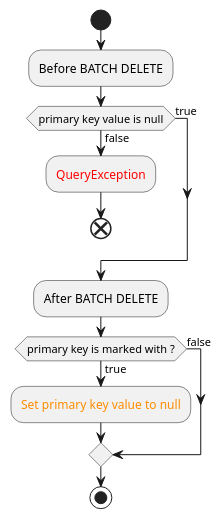
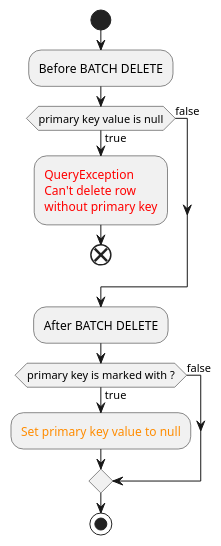
Before and after one commit to urosjarc/db-messiah: the diagram in specs/queries/BATCH_DELETE.puml, drawn with PlantUML. The commit also changed 13 other files, not shown here.

```diff
--- a/specs/queries/BATCH_DELETE.puml
+++ b/specs/queries/BATCH_DELETE.puml
@@ -1,20 +1,22 @@
 @startuml
 start
 
 :Before BATCH DELETE;
 
-if (primary key value is null) then(false)
-    :<color:red>QueryException;
+if (primary key value is null) then(true)
+    :<color:red>QueryException
+    <color:red>Can't delete row
+    <color:red>without primary key;
     end
-else (true)
+else (false)
 endif
 
 :After BATCH DELETE;
 
 if (primary key is marked with ?) then(true)
     :<color:darkorange>Set primary key value to null;
 else (false)
 endif
 
 stop
 @enduml
```
